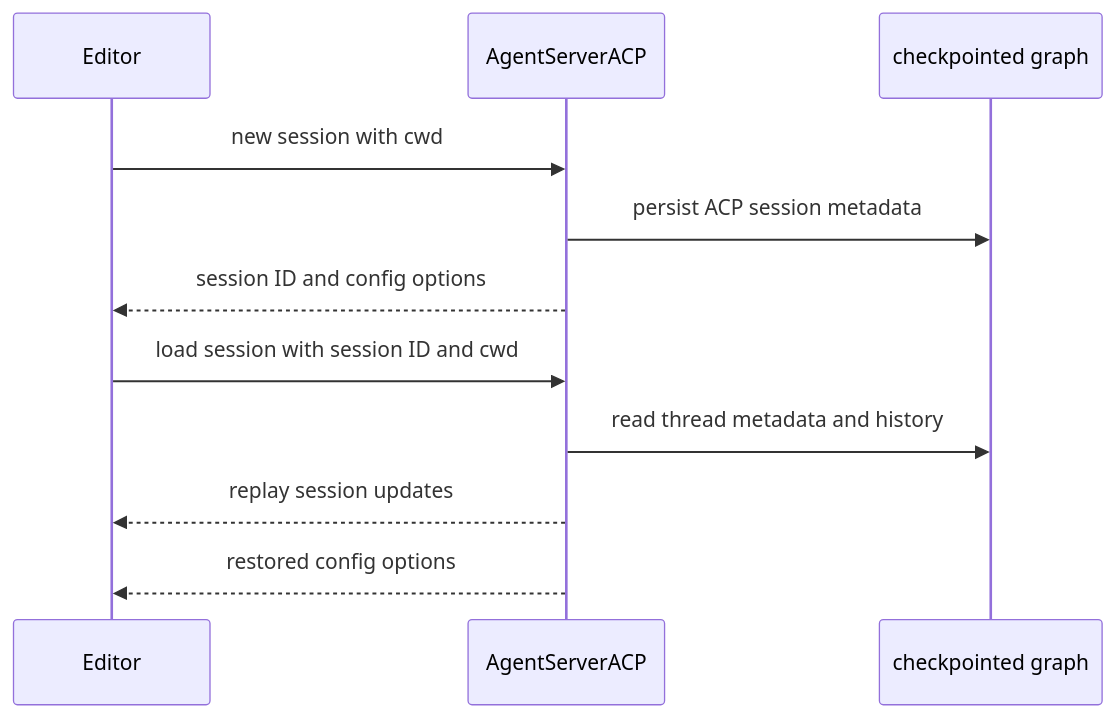
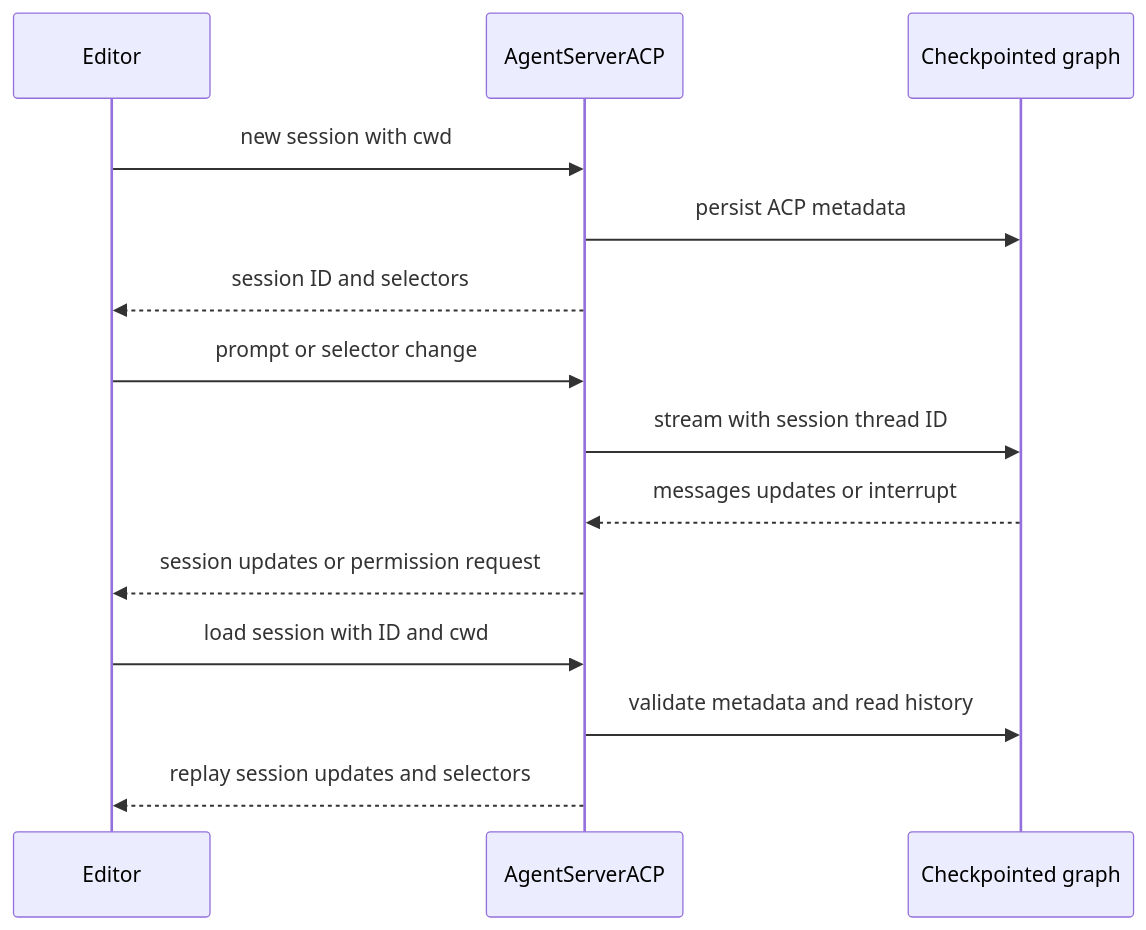
Before and after one commit to langchain-ai/deepagents: the diagram in openwiki/integrations/acp.md, drawn with Mermaid. The commit also changed other lines of this file and 63 other files, not shown here.

````diff
--- a/openwiki/integrations/acp.md
+++ b/openwiki/integrations/acp.md
@@ -70,13 +76,16 @@
 ```mermaid
 sequenceDiagram
     participant Editor
     participant Adapter as AgentServerACP
-    participant Graph as checkpointed graph
+    participant Graph as Checkpointed graph
     Editor->>Adapter: new session with cwd
-    Adapter->>Graph: persist ACP session metadata
-    Adapter-->>Editor: session ID and config options
-    Editor->>Adapter: load session with session ID and cwd
-    Adapter->>Graph: read thread metadata and history
-    Adapter-->>Editor: replay session updates
-    Adapter-->>Editor: restored config options
+    Adapter->>Graph: persist ACP metadata
+    Adapter-->>Editor: session ID and selectors
+    Editor->>Adapter: prompt or selector change
+    Adapter->>Graph: stream with session thread ID
+    Graph-->>Adapter: messages updates or interrupt
+    Adapter-->>Editor: session updates or permission request
+    Editor->>Adapter: load session with ID and cwd
+    Adapter->>Graph: validate metadata and read history
+    Adapter-->>Editor: replay session updates and selectors
 ```
````
